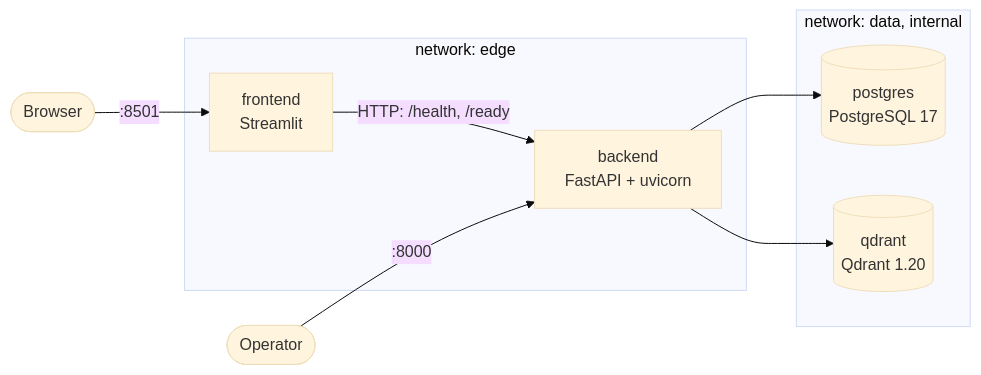
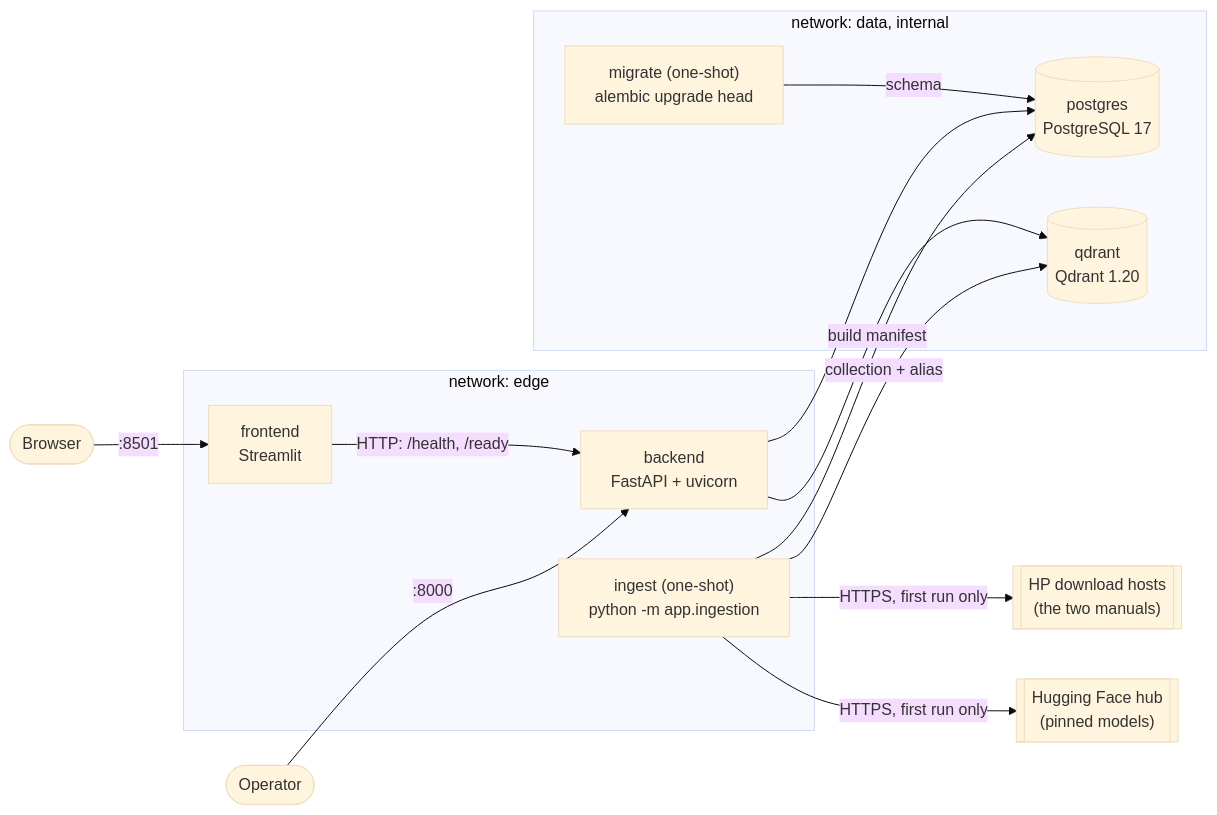
Before and after one commit to mdaroldi/Chatbot-HP: the diagram in README.md, drawn with Mermaid (base theme). The commit also changed other lines of this file and 1 other file, not shown here.

First line of the commit message:
docs: README ingestion section

````diff
--- a/README.md
+++ b/README.md
@@ -16,16 +17,25 @@
 ```mermaid
 flowchart LR
     user([Browser]) -->|":8501"| frontend
     subgraph edge [network: edge]
         frontend["frontend<br/>Streamlit"]
         backend["backend<br/>FastAPI + uvicorn"]
+        ingest["ingest (one-shot)<br/>python -m app.ingestion"]
     end
     subgraph data [network: data, internal]
+        migrate["migrate (one-shot)<br/>alembic upgrade head"]
         postgres[("postgres<br/>PostgreSQL 17")]
         qdrant[("qdrant<br/>Qdrant 1.20")]
     end
+    hp[["HP download hosts<br/>(the two manuals)"]]
+    hub[["Hugging Face hub<br/>(pinned models)"]]
     frontend -->|"HTTP: /health, /ready"| backend
     operator([Operator]) -->|":8000"| backend
+    migrate -->|"schema"| postgres
+    ingest -->|"build manifest"| postgres
+    ingest -->|"collection + alias"| qdrant
+    ingest -->|"HTTPS, first run only"| hp
+    ingest -->|"HTTPS, first run only"| hub
     backend --> postgres
     backend --> qdrant
 ```
````
